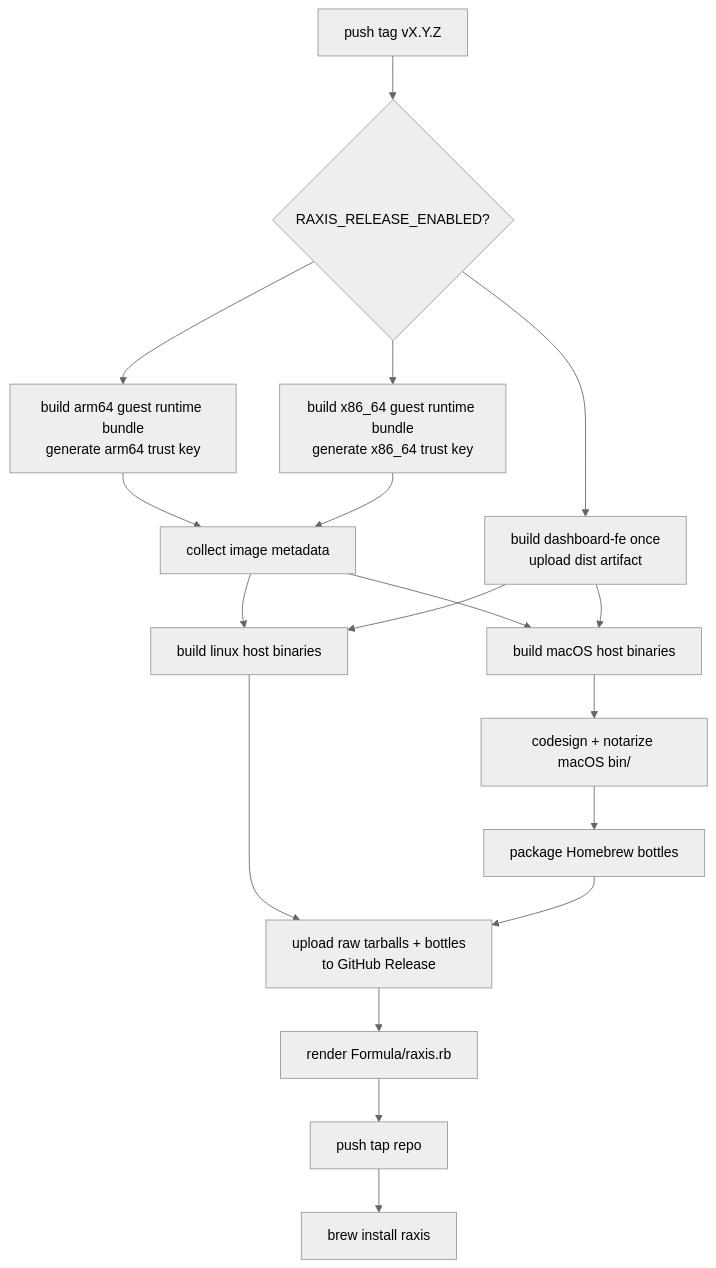
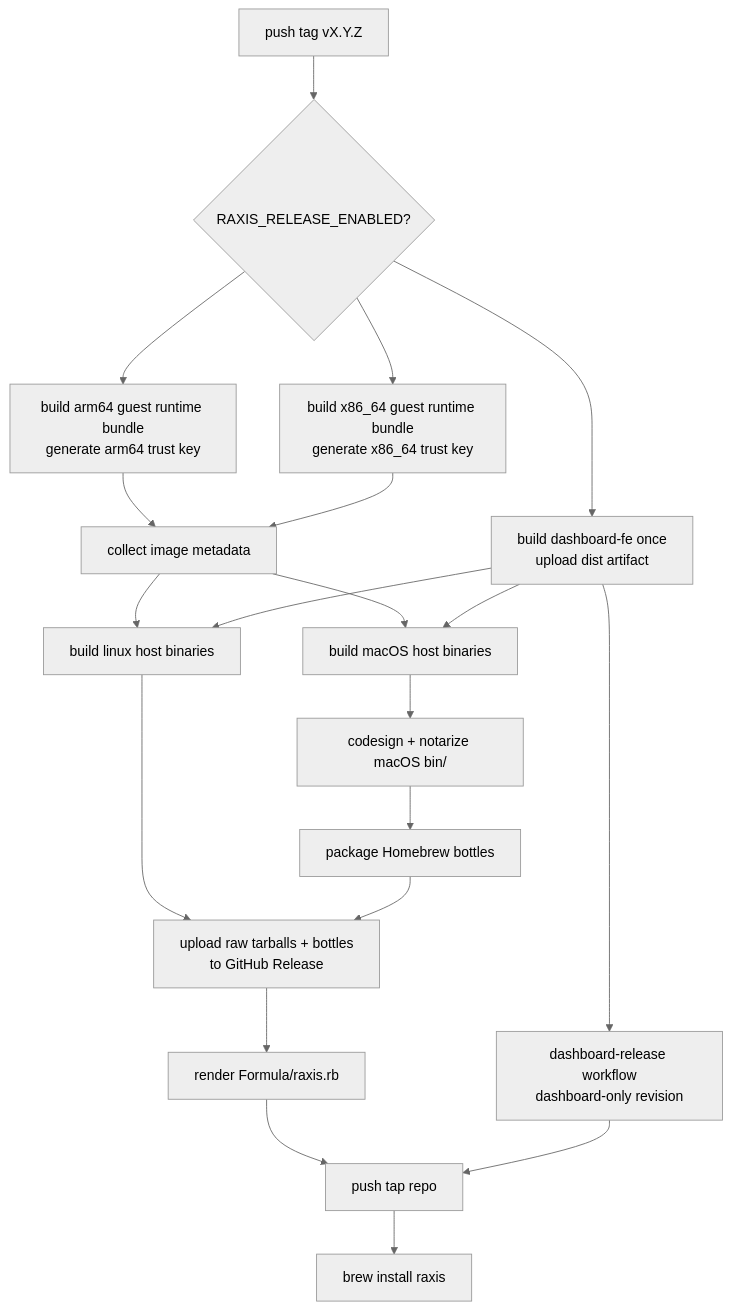
One commit to chika5105/raxis changed the second of 2 diagrams in raxis/release/README.md. Above: the diagram before and after it, drawn with Mermaid (neutral theme). The commit also changed other lines of this file and 15 other files, not shown here.

Commit message:
Split dashboard-only release path

````diff
--- a/raxis/release/README.md
+++ b/raxis/release/README.md
@@ -186,33 +245,35 @@
 ```mermaid
 flowchart TD
     tag["push tag vX.Y.Z"]
     gate{"RAXIS_RELEASE_ENABLED?"}
     images_arm["build arm64 guest runtime bundle<br/>generate arm64 trust key"]
     images_x86["build x86_64 guest runtime bundle<br/>generate x86_64 trust key"]
     meta["collect image metadata"]
     dashboard["build dashboard-fe once<br/>upload dist artifact"]
     linux["build linux host binaries"]
     mac["build macOS host binaries"]
     notarize["codesign + notarize macOS bin/"]
     bottles["package Homebrew bottles"]
     publish["upload raw tarballs + bottles<br/>to GitHub Release"]
     formula["render Formula/raxis.rb"]
     tap["push tap repo"]
     user["brew install raxis"]
+    dashpatch["dashboard-release workflow<br/>dashboard-only revision"]
 
     tag --> gate
     gate --> images_arm
     gate --> images_x86
     gate --> dashboard
     images_arm --> meta
     images_x86 --> meta
     meta --> linux
     meta --> mac
     dashboard --> linux
     dashboard --> mac
     mac --> notarize
     notarize --> bottles
     linux --> publish
     bottles --> publish
     publish --> formula --> tap --> user
+    dashboard --> dashpatch --> tap
 ```
````
